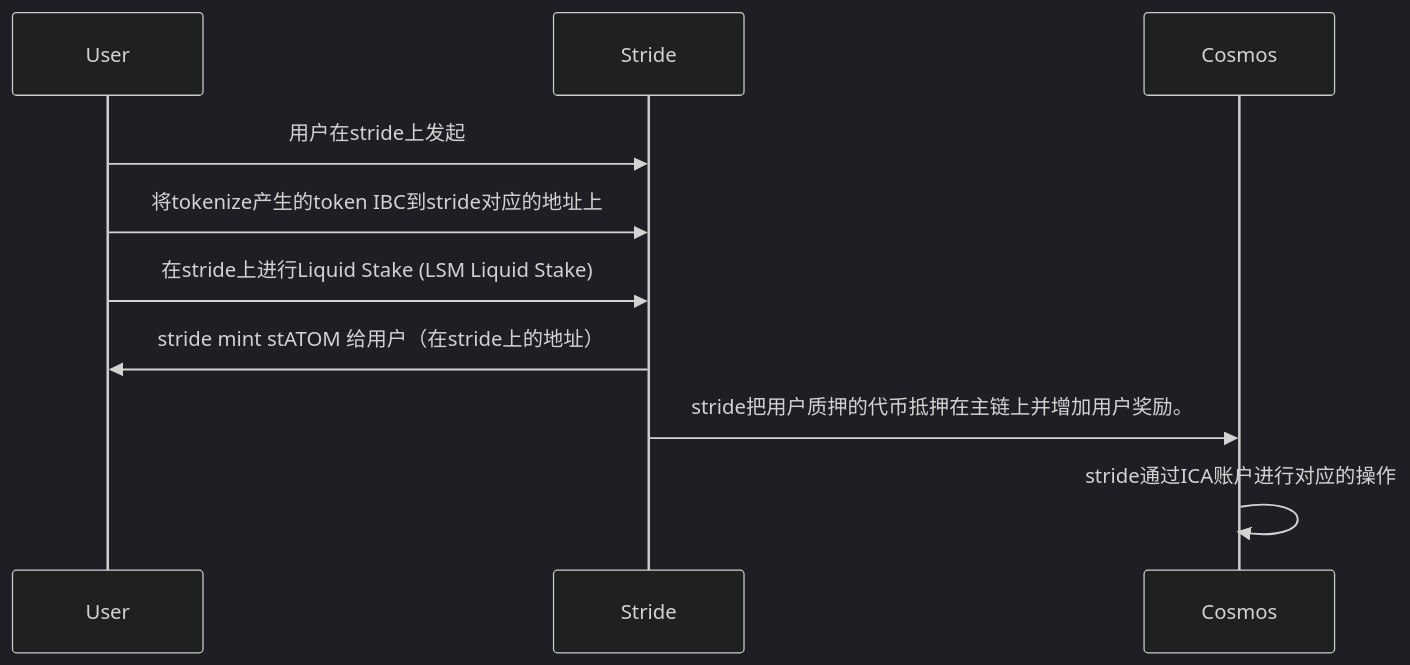
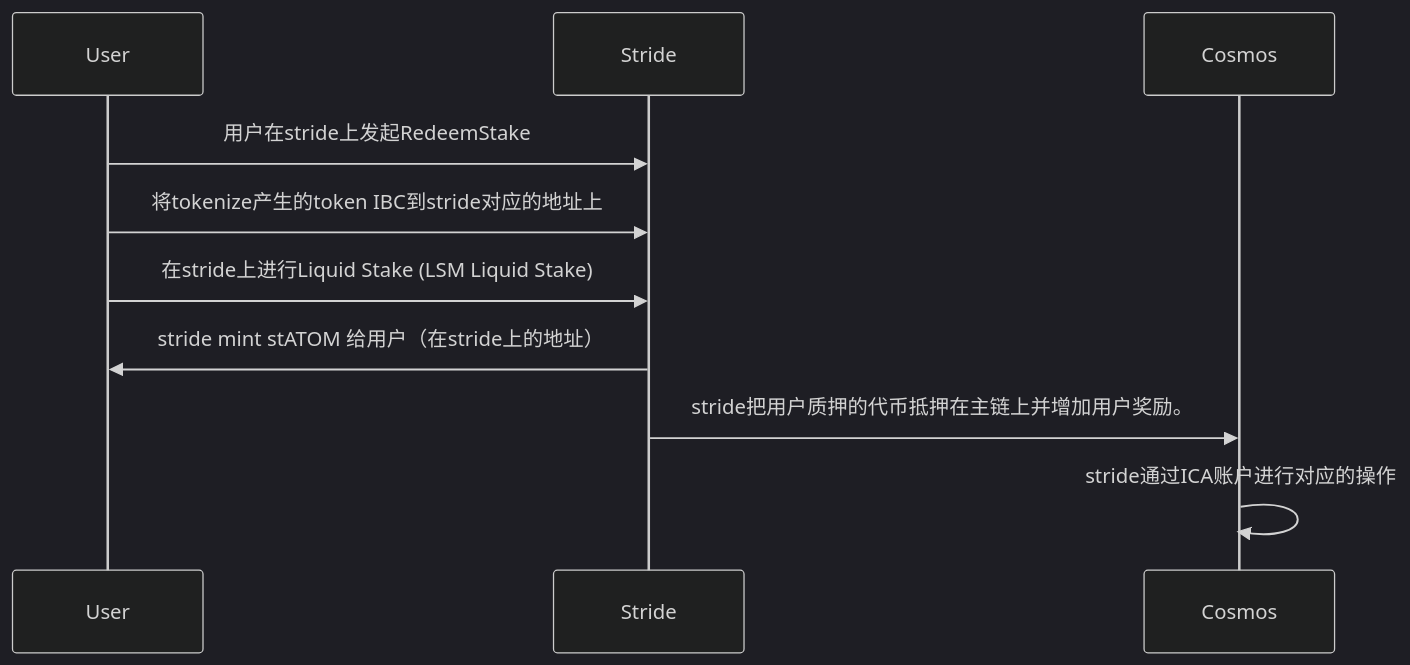
Before and after one commit to yingjianzh/iodraw-files: the diagram in all/unbonding.md, drawn with Mermaid (dark theme).

Commit message:
2024-03-28 14:37:40 update

````diff
--- a/all/unbonding.md
+++ b/all/unbonding.md
@@ -1,9 +1,9 @@
 ```mermaid
 sequenceDiagram
-    User->>Stride: 用户在stride上发起
+    User->>Stride: 用户在stride上发起RedeemStake
     User->>Stride: 将tokenize产生的token IBC到stride对应的地址上
     User->>Stride: 在stride上进行Liquid Stake (LSM Liquid Stake)
     Stride->>User: stride mint stATOM 给用户（在stride上的地址）
     Stride->>Cosmos: stride把用户质押的代币抵押在主链上并增加用户奖励。
     Cosmos->>Cosmos: stride通过ICA账户进行对应的操作
 ```
````
